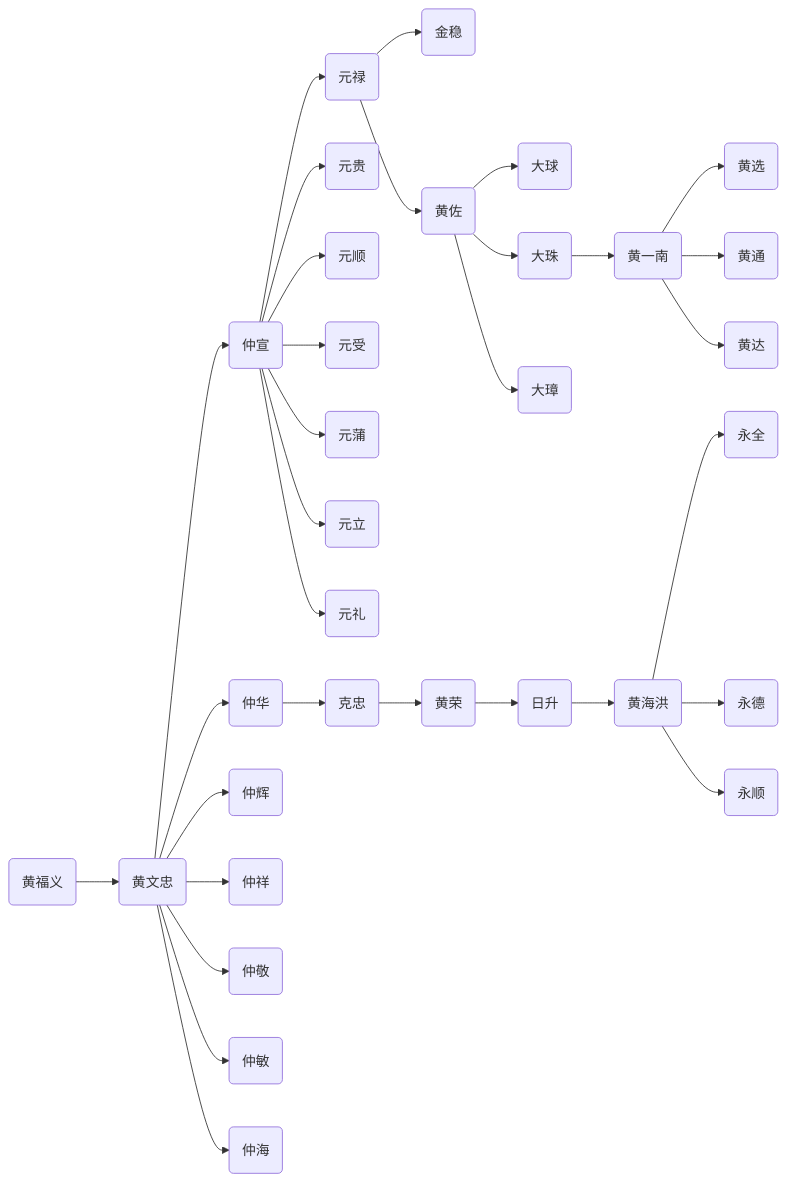
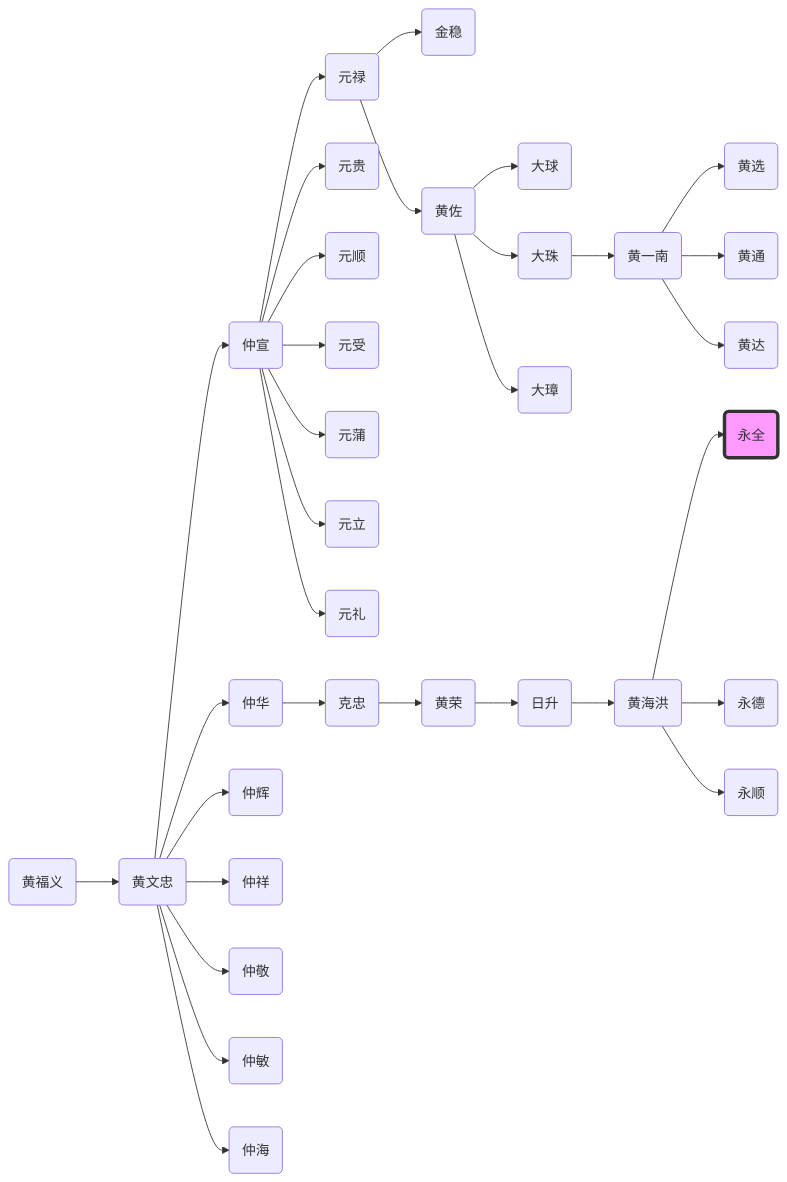
One commit to jeanim/jiapu changed the first of 4 diagrams in contents/chapter2.md. Above: the diagram before and after it, drawn with Mermaid.

```diff
--- a/contents/chapter2.md
+++ b/contents/chapter2.md
@@ -5,34 +5,35 @@
 {% mermaid %}
 graph LR;
   huangfuyi("黄福义")-->huangwenzhong("黄文忠");
   huangwenzhong("黄文忠")-->zhongxuan("仲宣");
   zhongxuan("仲宣")-->yuanlu("元禄");
   yuanlu("元禄")-->jingwen("金稳");
   yuanlu("元禄")-->huangzuo("黄佐");
   huangzuo("黄佐")-->daqiu("大球");
   huangzuo("黄佐")-->dazhu("大珠");
   dazhu("大珠")-->huangyinan("黄一南");
   huangyinan("黄一南")-->huangxuan("黄选");
   huangyinan("黄一南")-->huangtong("黄通");
   huangyinan("黄一南")-->huangda("黄达");
   huangzuo("黄佐")-->dazhang("大璋");
   zhongxuan("仲宣")-->yuangui("元贵");
   zhongxuan("仲宣")-->yuanshun("元顺");
   zhongxuan("仲宣")-->yuanshou("元受");
   zhongxuan("仲宣")-->yuanpu("元蒲");
   zhongxuan("仲宣")-->yuanli("元立");
   zhongxuan("仲宣")-->yuanli2("元礼");
   huangwenzhong("黄文忠")-->zhonghua("仲华");
   zhonghua("仲华")-->kezhong("克忠");
   kezhong("克忠")-->huangrong("黄荣");
   huangrong("黄荣")-->risheng("日升");
   risheng("日升")-->huanghaihong("黄海洪");
   huanghaihong("黄海洪")-->yongquan("永全"); 
   huanghaihong("黄海洪")-->yongde("永德");
   huanghaihong("黄海洪")-->yongshun("永顺");
   huangwenzhong("黄文忠")-->zhonghui("仲辉");
   huangwenzhong("黄文忠")-->zhongxiang("仲祥");
   huangwenzhong("黄文忠")-->zhongjing("仲敬");
   huangwenzhong("黄文忠")-->zhongmin("仲敏");
-  huangwenzhong("黄文忠")-->zhonghai("仲海");  
+  huangwenzhong("黄文忠")-->zhonghai("仲海");
+  style yongquan fill:#f9f,stroke:#333,stroke-width:4px;
 {% endmermaid %}
```
